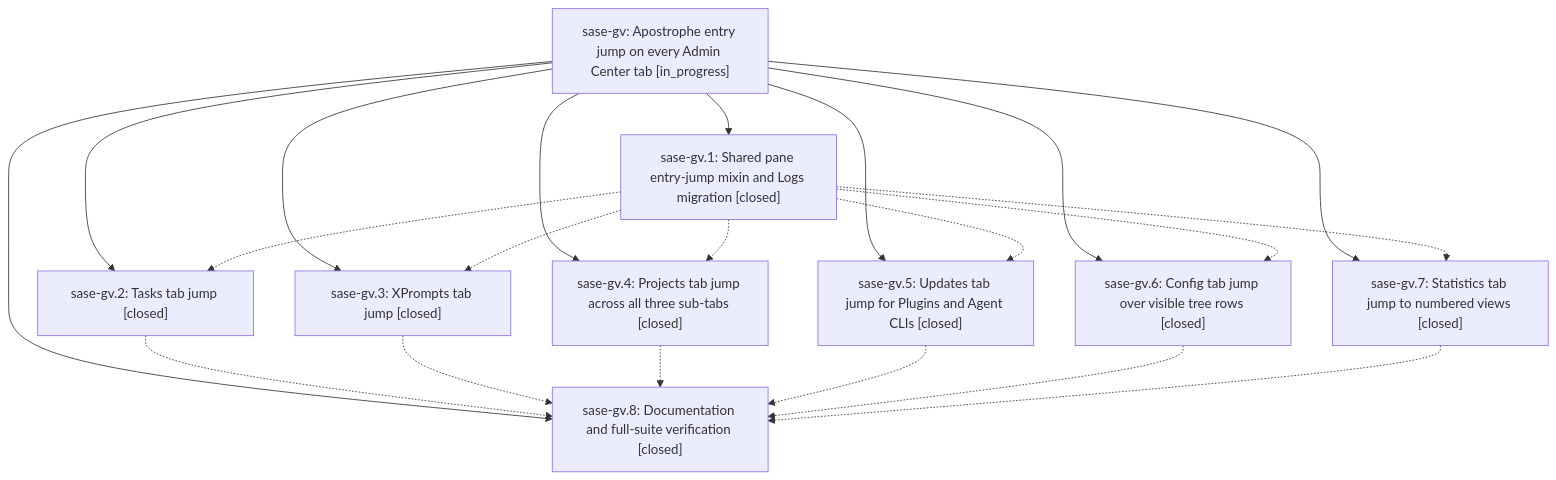
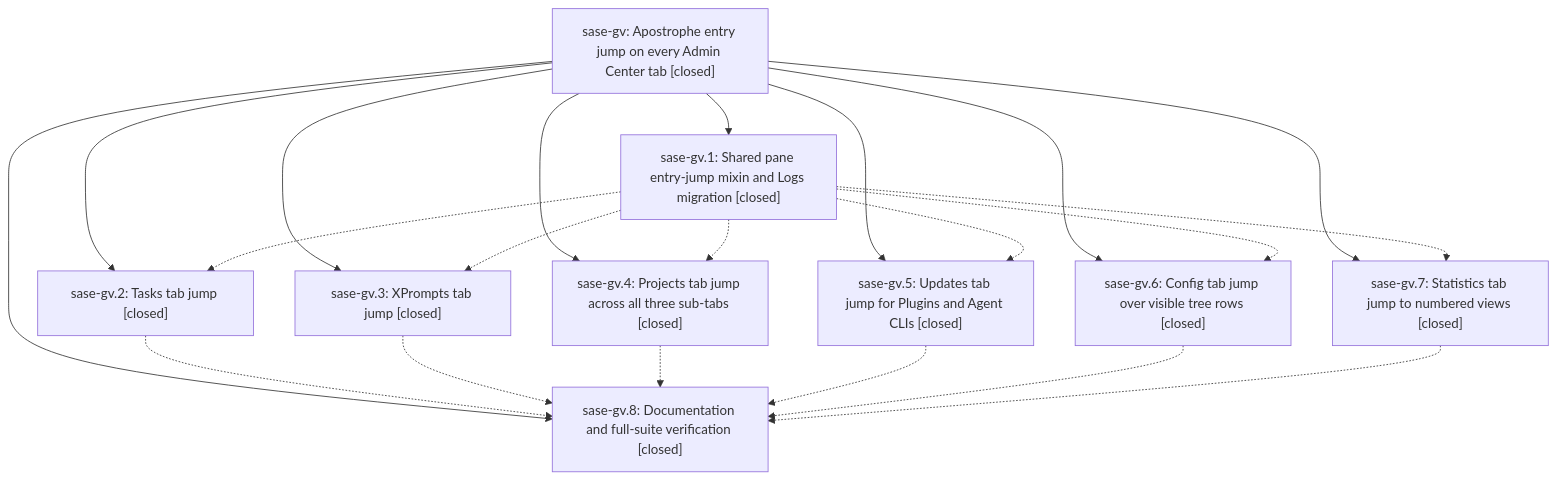
The diagram in pages/sase-gv/README.md (sase-org/sase--beads), drawn with Mermaid before and after one commit. The commit also changed other lines of this file, not shown here.

First line of the commit message:
chore(beads): sync bead state and pages for sase-gv

````diff
--- a/pages/sase-gv/README.md
+++ b/pages/sase-gv/README.md
@@ -29,32 +29,32 @@
 ```mermaid
 flowchart TD
-    n0["sase-gv: Apostrophe entry jump on every Admin Center tab [in_progress]"]
+    n0["sase-gv: Apostrophe entry jump on every Admin Center tab [closed]"]
     n1["sase-gv.1: Shared pane entry-jump mixin and Logs migration [closed]"]
     n2["sase-gv.2: Tasks tab jump [closed]"]
     n3["sase-gv.3: XPrompts tab jump [closed]"]
     n4["sase-gv.4: Projects tab jump across all three sub-tabs [closed]"]
     n5["sase-gv.5: Updates tab jump for Plugins and Agent CLIs [closed]"]
     n6["sase-gv.6: Config tab jump over visible tree rows [closed]"]
     n7["sase-gv.7: Statistics tab jump to numbered views [closed]"]
     n8["sase-gv.8: Documentation and full-suite verification [closed]"]
     n0 --> n1
     n0 --> n2
     n0 --> n3
     n0 --> n4
     n0 --> n5
     n0 --> n6
     n0 --> n7
     n0 --> n8
     n1 -.-> n2
     n1 -.-> n3
     n1 -.-> n4
     n1 -.-> n5
     n1 -.-> n6
     n1 -.-> n7
     n2 -.-> n8
     n3 -.-> n8
     n4 -.-> n8
     n5 -.-> n8
     n6 -.-> n8
     n7 -.-> n8
 ```
````
